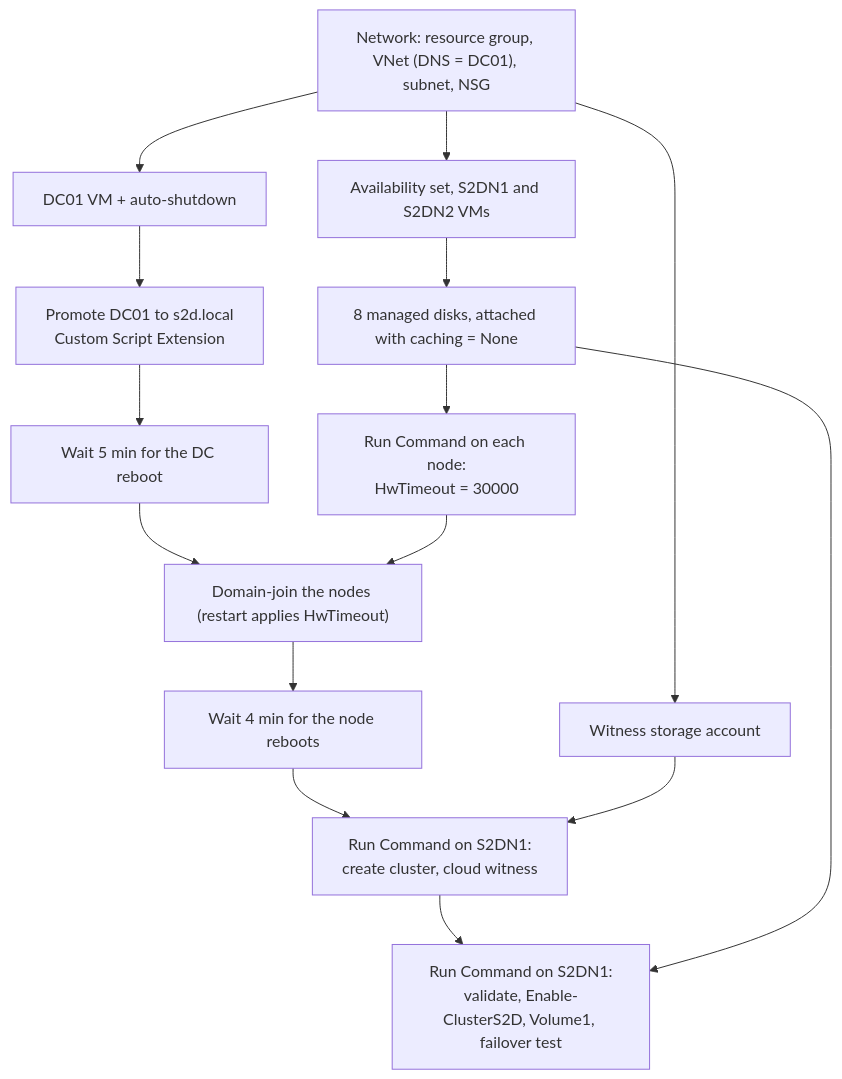
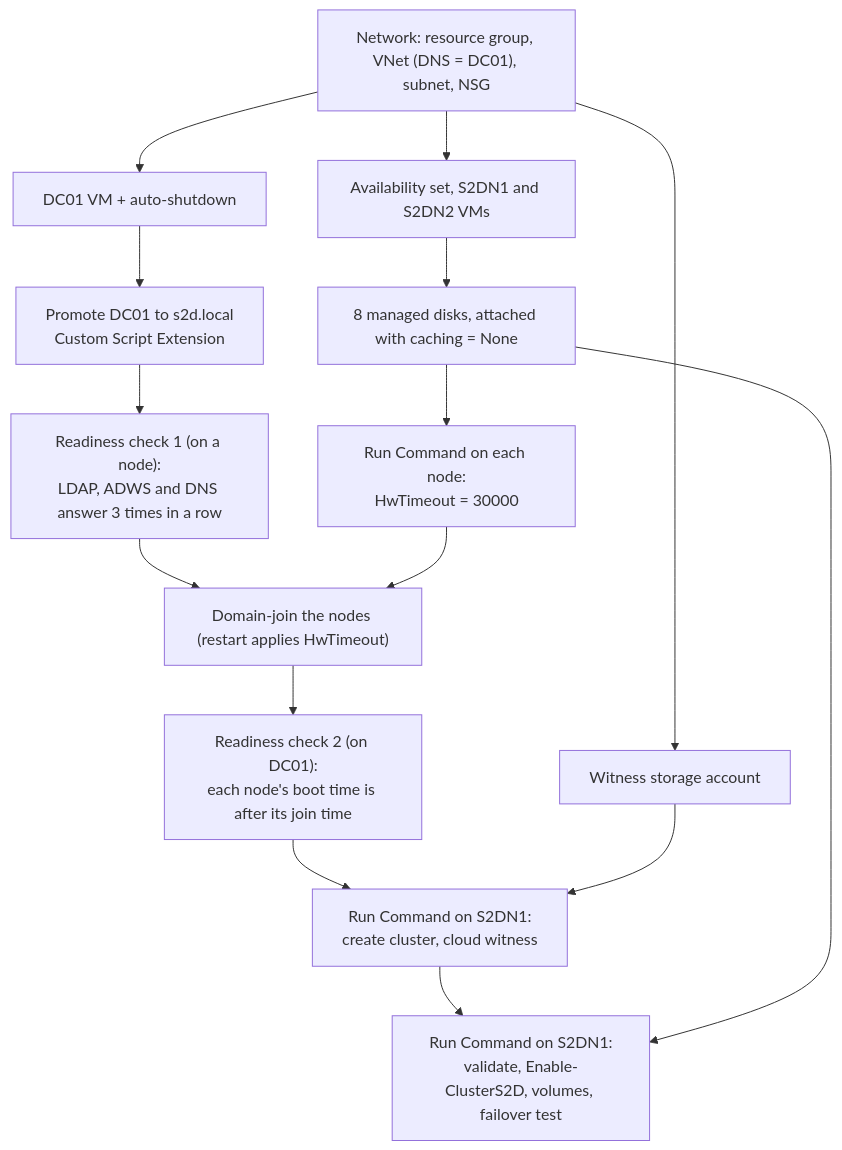
The second of 2 diagrams in README.md (andmurill/azure-s2d-lab), drawn with Mermaid before and after one commit. The commit also changed other lines of this file, not shown here.

First line of the commit message:
Update README: modules, readiness checks, third node, extra volumes, timing, troubleshooting

````diff
--- a/README.md
+++ b/README.md
@@ -70,17 +70,17 @@
 ```mermaid
 flowchart TD
   A["Network: resource group, VNet (DNS = DC01), subnet, NSG"] --> B["DC01 VM + auto-shutdown"]
   A --> N["Availability set, S2DN1 and S2DN2 VMs"]
   A --> W["Witness storage account"]
   N --> D1["8 managed disks, attached with caching = None"]
   D1 --> P["Run Command on each node:<br/>HwTimeout = 30000"]
   B --> C["Promote DC01 to s2d.local<br/>Custom Script Extension"]
-  C --> D["Wait 5 min for the DC reboot"]
-  D --> E["Domain-join the nodes (restart applies HwTimeout)"]
+  C --> R1["Readiness check 1 (on a node):<br/>LDAP, ADWS and DNS answer 3 times in a row"]
+  R1 --> E["Domain-join the nodes (restart applies HwTimeout)"]
   P --> E
-  E --> F["Wait 4 min for the node reboots"]
-  F --> G["Run Command on S2DN1:<br/>create cluster, cloud witness"]
+  E --> R2["Readiness check 2 (on DC01):<br/>each node's boot time is after its join time"]
+  R2 --> G["Run Command on S2DN1:<br/>create cluster, cloud witness"]
   W --> G
-  G --> S["Run Command on S2DN1:<br/>validate, Enable-ClusterS2D, Volume1, failover test"]
+  G --> S["Run Command on S2DN1:<br/>validate, Enable-ClusterS2D, volumes, failover test"]
   D1 --> S
 ```
````
